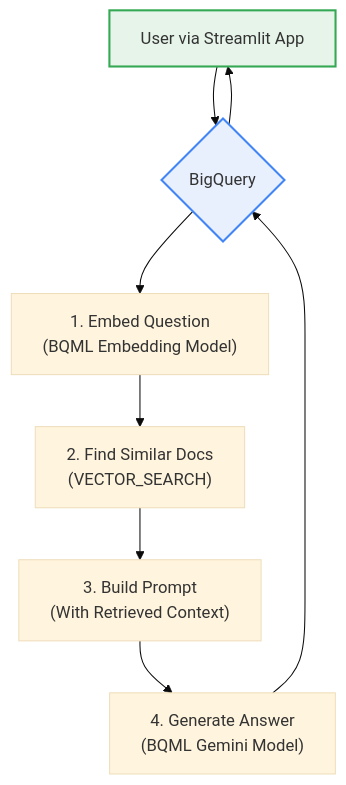
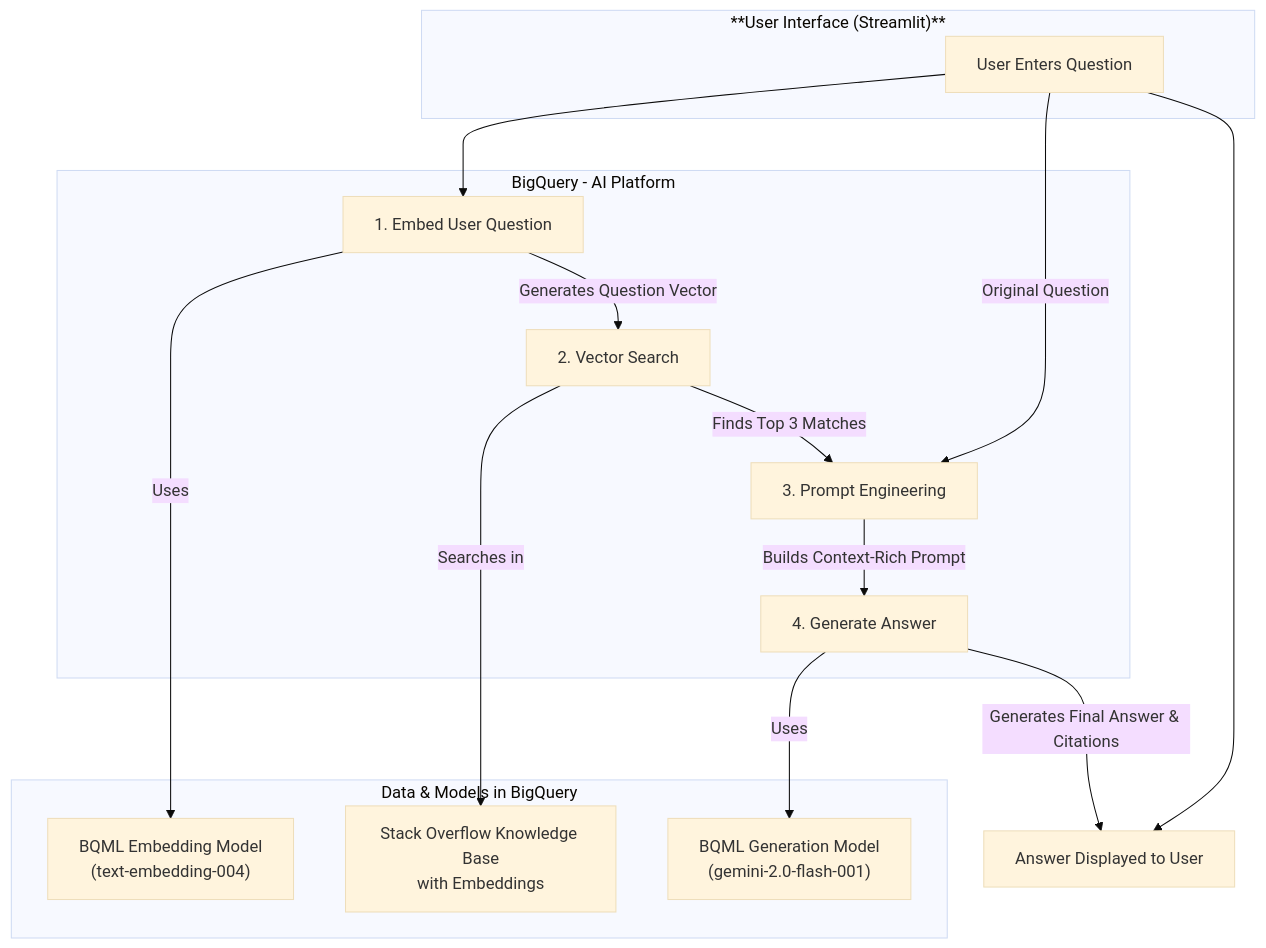
The diagram in README.md (kuldip2916/stake-whisper), drawn with Mermaid (base theme) before and after one commit. The commit also changed other lines of this file, not shown here.

````diff
--- a/README.md
+++ b/README.md
@@ -42,13 +63,33 @@
 ```mermaid
 graph TD
-    A[User via Streamlit App] --> B{BigQuery};
-    B --> C["1. Embed Question<br>(BQML Embedding Model)"];
-    C --> D["2. Find Similar Docs<br>(VECTOR_SEARCH)"];
-    D --> E["3. Build Prompt<br>(With Retrieved Context)"];
-    E --> F["4. Generate Answer<br>(BQML Gemini Model)"];
-    F --> B;
-    B --> A;
+    subgraph "**User Interface (Streamlit)**"
+        A[User Enters Question]
+    end
 
-    style B fill:#E8F0FE,stroke:#4285F4,stroke-width:2px
-    style A fill:#E6F4EA,stroke:#34A853,stroke-width:2px
+    subgraph "BigQuery - AI Platform"
+        B["1. Embed User Question"]
+        C["2. Vector Search"]
+        D["3. Prompt Engineering"]
+        E["4. Generate Answer"]
+    end
+
+    subgraph "Data & Models in BigQuery"
+        F["Stack Overflow Knowledge Base<br>with Embeddings"]
+        G["BQML Embedding Model<br>(text-embedding-004)"]
+        H["BQML Generation Model<br>(gemini-2.0-flash-001)"]
+    end
+
+    A --> B;
+    B -- "Uses" --> G;
+    B -- "Generates Question Vector" --> C;
+    C -- "Searches in" --> F;
+    C -- "Finds Top 3 Matches" --> D;
+    A -- "Original Question" --> D
+    D -- "Builds Context-Rich Prompt" --> E;
+    E -- "Uses" --> H;
+    E -- "Generates Final Answer & Citations" --> I[Answer Displayed to User];
+    A --> I
+
+    
+
 ```
````
